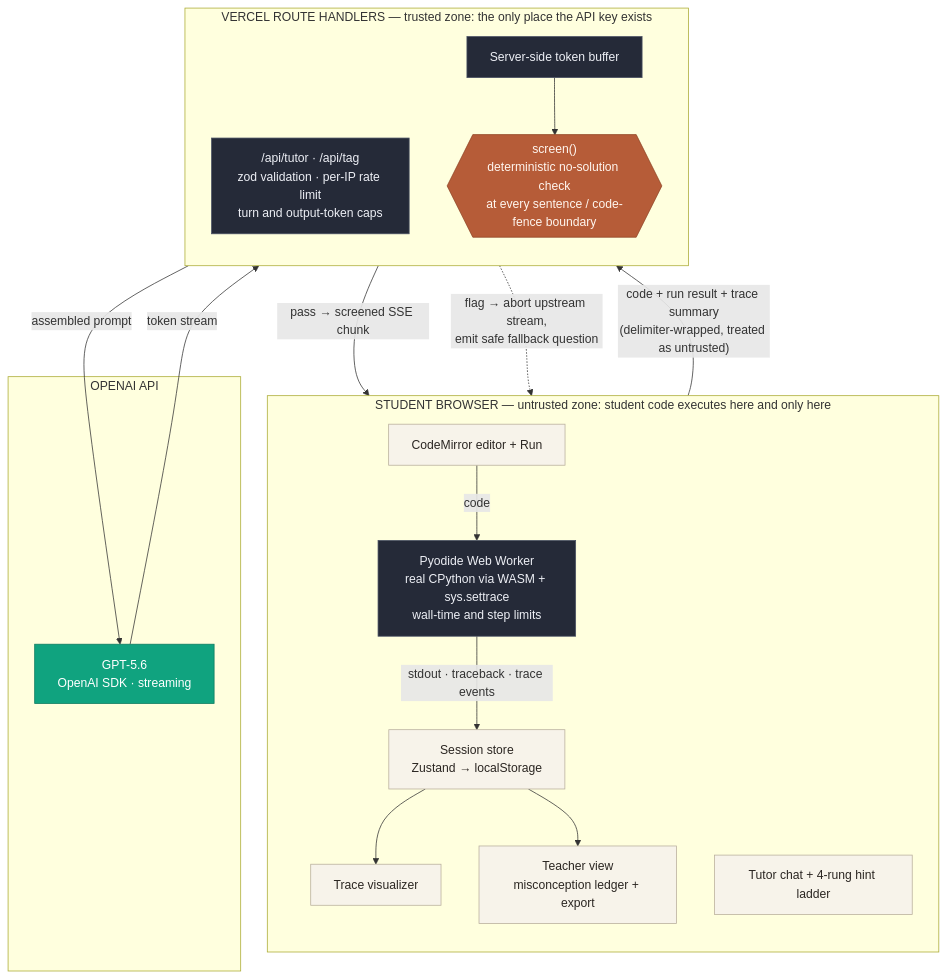
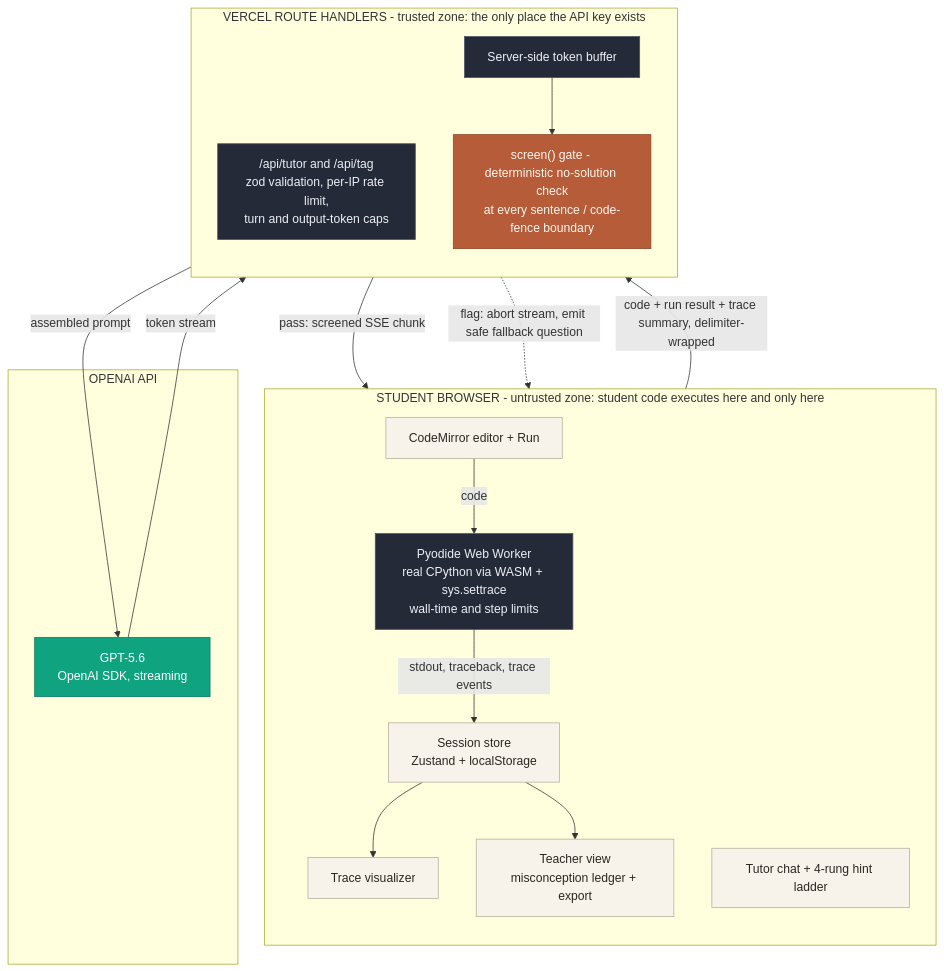
Before and after one commit to SebAustin/socratic-code-tutor: the diagram in README.md, drawn with Mermaid.

Commit message:
fix(docs): GitHub-compatible mermaid syntax for the architecture diagram

````diff
--- a/README.md
+++ b/README.md
@@ -50,40 +50,43 @@
 ```mermaid
 flowchart TB
+    subgraph CLIENT["STUDENT BROWSER - untrusted zone: student code executes here and only here"]
+        direction TB
+        EDITOR["CodeMirror editor + Run"]
+        WORKER["Pyodide Web Worker<br/>real CPython via WASM + sys.settrace<br/>wall-time and step limits"]
+        SESSION["Session store<br/>Zustand + localStorage"]
+        TRACE["Trace visualizer"]
+        TEACHER["Teacher view<br/>misconception ledger + export"]
+        CHAT["Tutor chat + 4-rung hint ladder"]
+        EDITOR -->|code| WORKER
+        WORKER -->|stdout, traceback, trace events| SESSION
+        SESSION --> TRACE
+        SESSION --> TEACHER
+    end
+
+    subgraph SERVER["VERCEL ROUTE HANDLERS - trusted zone: the only place the API key exists"]
+        direction TB
+        ROUTE["/api/tutor and /api/tag<br/>zod validation, per-IP rate limit,<br/>turn and output-token caps"]
+        BUFFER["Server-side token buffer"]
+        SCREEN["screen() gate - deterministic no-solution check<br/>at every sentence / code-fence boundary"]
+    end
+
+    subgraph OPENAI["OPENAI API"]
+        GPT["GPT-5.6<br/>OpenAI SDK, streaming"]
+    end
+
+    SESSION -->|code + run result + trace summary, delimiter-wrapped| ROUTE
+    ROUTE -->|assembled prompt| GPT
+    GPT -->|token stream| BUFFER
+    BUFFER --> SCREEN
+    SCREEN -->|pass: screened SSE chunk| CHAT
+    SCREEN -.->|flag: abort stream, emit safe fallback question| CHAT
+
     classDef paper fill:#F7F3EA,stroke:#B8AE9C,color:#2B2622
     classDef terminal fill:#252A38,stroke:#4A5164,color:#EDEFF5
     classDef guard fill:#B65C38,stroke:#8F4526,color:#FFF6EF
     classDef model fill:#10A37F,stroke:#0B7A5F,color:#FFFFFF
-
-    subgraph CLIENT["STUDENT BROWSER — untrusted zone: student code executes here and only here"]
-        direction TB
-        EDITOR["CodeMirror editor + Run"]:::paper
-        WORKER["Pyodide Web Worker<br/>real CPython via WASM + sys.settrace<br/>wall-time and step limits"]:::terminal
-        SESSION["Session store<br/>Zustand → localStorage"]:::paper
-        TRACE["Trace visualizer"]:::paper
-        TEACHER["Teacher view<br/>misconception ledger + export"]:::paper
-        CHAT["Tutor chat + 4-rung hint ladder"]:::paper
-
-        EDITOR -- "code" --> WORKER
-        WORKER -- "stdout · traceback · trace events" --> SESSION
-        SESSION --> TRACE
-        SESSION --> TEACHER
-    end
-
-    subgraph SERVER["VERCEL ROUTE HANDLERS — trusted zone: the only place the API key exists"]
-        direction TB
-        ROUTE["/api/tutor · /api/tag<br/>zod validation · per-IP rate limit<br/>turn and output-token caps"]:::terminal
-        BUFFER["Server-side token buffer"]:::terminal
-        SCREEN{{"screen()<br/>deterministic no-solution check<br/>at every sentence / code-fence boundary"}}:::guard
-    end
-
-    subgraph OPENAI["OPENAI API"]
-        GPT["GPT-5.6<br/>OpenAI SDK · streaming"]:::model
-    end
-
-    SESSION -- "code + run result + trace summary<br/>(delimiter-wrapped, treated as untrusted)" --> ROUTE
-    ROUTE -- "assembled prompt" --> GPT
-    GPT -- "token stream" --> BUFFER
-    BUFFER --> SCREEN
-    SCREEN -- "pass → screened SSE chunk" --> CHAT
-    SCREEN -. "flag → abort upstream stream,<br/>emit safe fallback question" .-> CHAT
+    class EDITOR,SESSION,TRACE,TEACHER,CHAT paper
+    class WORKER,ROUTE,BUFFER terminal
+    class SCREEN guard
+    class GPT model
 ```
````
